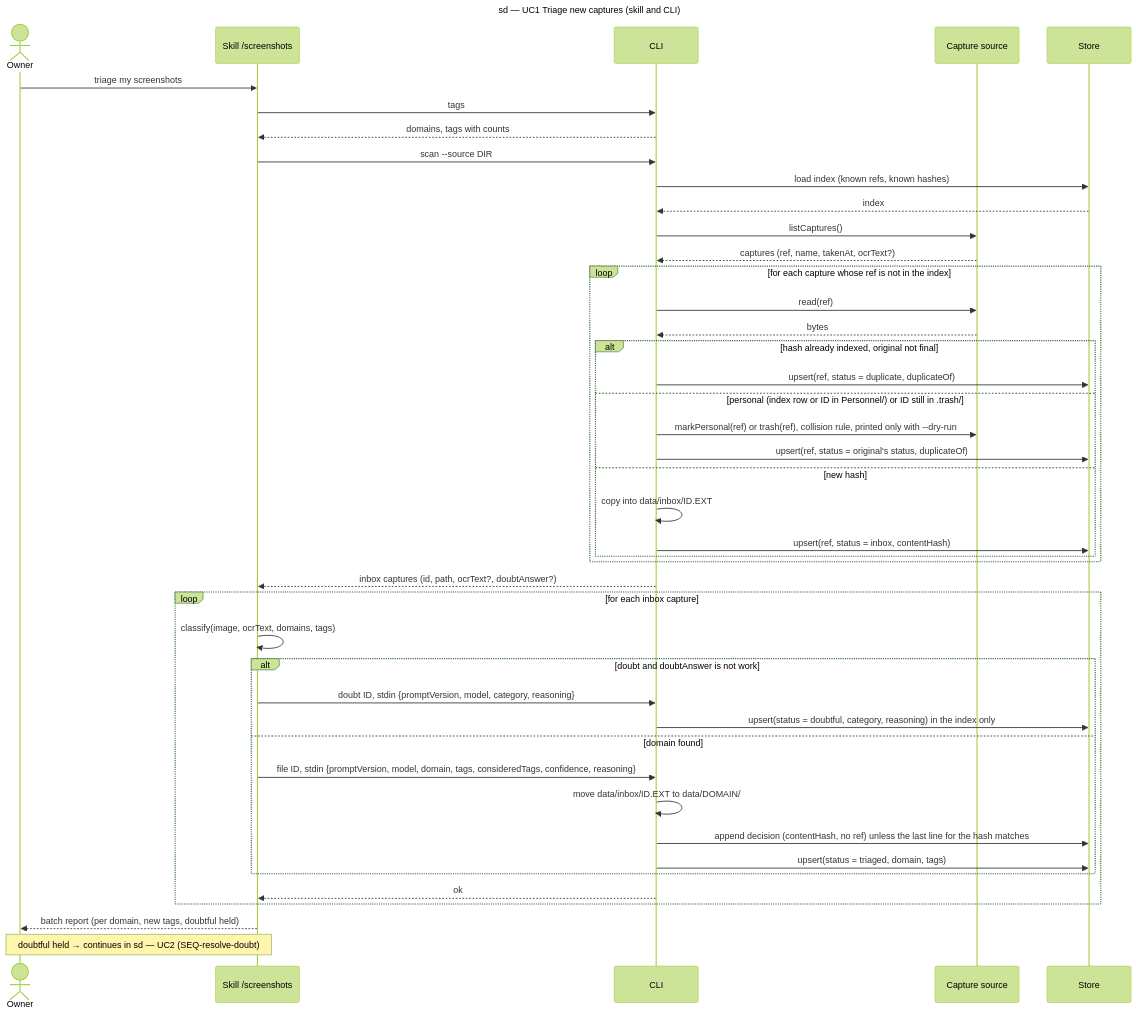
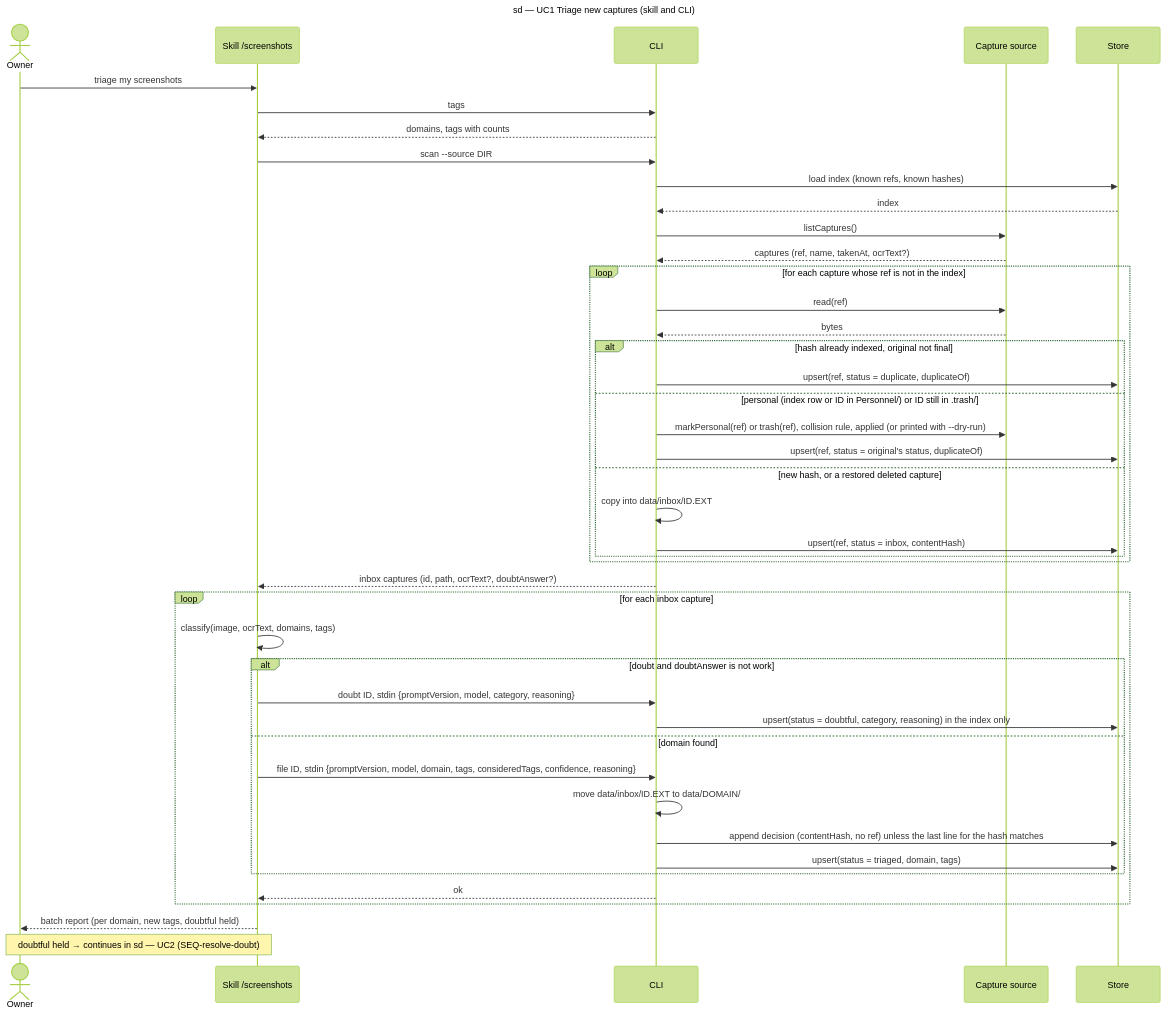
Before and after one commit to benoit-bremaud/screenshot-triage: the diagram in docs/architecture/diagrams/triage/02-sequence-triage-batch.md, drawn with Mermaid (forest theme). The commit also changed 2 other files, not shown here.

Commit message:
docs(triage/architecture): admit a restored capture into the inbox
Round 8 of the adversarial review: the inbox guard of scan also accepts
a known hash whose row is deleted and whose id is no longer in the
source trash, so a file the owner restored is triaged again; the id then
resolves to the row that is not final.

Refs #2

````diff
--- a/docs/architecture/diagrams/triage/02-sequence-triage-batch.md
+++ b/docs/architecture/diagrams/triage/02-sequence-triage-batch.md
@@ -14,46 +14,46 @@
 ```mermaid
 sequenceDiagram
   title sd — UC1 Triage new captures (skill and CLI)
   actor Owner
   participant Skill as Skill /screenshots
   participant CLI as CLI
   participant Source as Capture source
   participant Store as Store
   Owner->>Skill: triage my screenshots
   Skill->>CLI: tags
   CLI-->>Skill: domains, tags with counts
   Skill->>CLI: scan --source DIR
   CLI->>Store: load index (known refs, known hashes)
   Store-->>CLI: index
   CLI->>Source: listCaptures()
   Source-->>CLI: captures (ref, name, takenAt, ocrText?)
   loop for each capture whose ref is not in the index
     CLI->>Source: read(ref)
     Source-->>CLI: bytes
     alt hash already indexed, original not final
       CLI->>Store: upsert(ref, status = duplicate, duplicateOf)
     else personal (index row or ID in Personnel/) or ID still in .trash/
-      CLI->>Source: markPersonal(ref) or trash(ref), collision rule, printed only with --dry-run
+      CLI->>Source: markPersonal(ref) or trash(ref), collision rule, applied (or printed with --dry-run)
       CLI->>Store: upsert(ref, status = original's status, duplicateOf)
-    else new hash
+    else new hash, or a restored deleted capture
       CLI->>CLI: copy into data/inbox/ID.EXT
       CLI->>Store: upsert(ref, status = inbox, contentHash)
     end
   end
   CLI-->>Skill: inbox captures (id, path, ocrText?, doubtAnswer?)
   loop for each inbox capture
     Skill->>Skill: classify(image, ocrText, domains, tags)
     alt doubt and doubtAnswer is not work
       Skill->>CLI: doubt ID, stdin {promptVersion, model, category, reasoning}
       CLI->>Store: upsert(status = doubtful, category, reasoning) in the index only
     else domain found
       Skill->>CLI: file ID, stdin {promptVersion, model, domain, tags, consideredTags, confidence, reasoning}
       CLI->>CLI: move data/inbox/ID.EXT to data/DOMAIN/
       CLI->>Store: append decision (contentHash, no ref) unless the last line for the hash matches
       CLI->>Store: upsert(status = triaged, domain, tags)
     end
     CLI-->>Skill: ok
   end
   Skill-->>Owner: batch report (per domain, new tags, doubtful held)
   Note over Owner,Skill: doubtful held → continues in sd — UC2 (SEQ-resolve-doubt)
 ```
````
